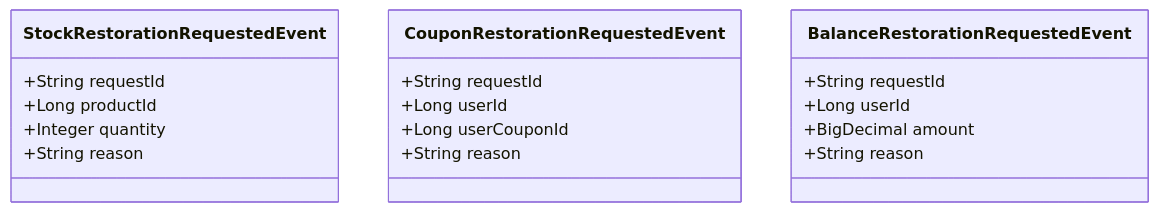
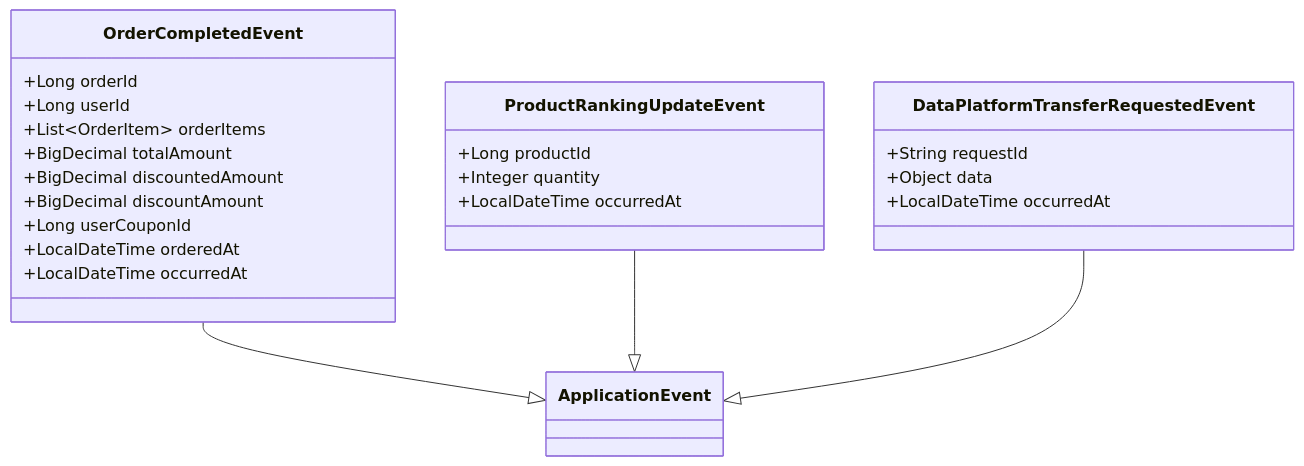
Before and after one commit to yuni02/hhplus-ecommerce: the seventh of 8 diagrams in docs/DISTRIBUTED_TRANSACTION_DESIGN.md, drawn with Mermaid. The commit also changed other lines of this file, not shown here.

````diff
--- a/docs/DISTRIBUTED_TRANSACTION_DESIGN.md
+++ b/docs/DISTRIBUTED_TRANSACTION_DESIGN.md
@@ -305,23 +266,30 @@
 ```mermaid
 classDiagram
-    class StockRestorationRequestedEvent {
-        +String requestId
+    class OrderCompletedEvent {
+        +Long orderId
+        +Long userId
+        +List~OrderItem~ orderItems
+        +BigDecimal totalAmount
+        +BigDecimal discountedAmount
+        +BigDecimal discountAmount
+        +Long userCouponId
+        +LocalDateTime orderedAt
+        +LocalDateTime occurredAt
+    }
+    
+    class ProductRankingUpdateEvent {
         +Long productId
         +Integer quantity
-        +String reason
+        +LocalDateTime occurredAt
     }
     
-    class CouponRestorationRequestedEvent {
+    class DataPlatformTransferRequestedEvent {
         +String requestId
-        +Long userId
-        +Long userCouponId
-        +String reason
+        +Object data
+        +LocalDateTime occurredAt
     }
     
-    class BalanceRestorationRequestedEvent {
-        +String requestId
-        +Long userId
-        +BigDecimal amount
-        +String reason
-    }
+    OrderCompletedEvent --|> ApplicationEvent
+    ProductRankingUpdateEvent --|> ApplicationEvent
+    DataPlatformTransferRequestedEvent --|> ApplicationEvent
 ```
````
